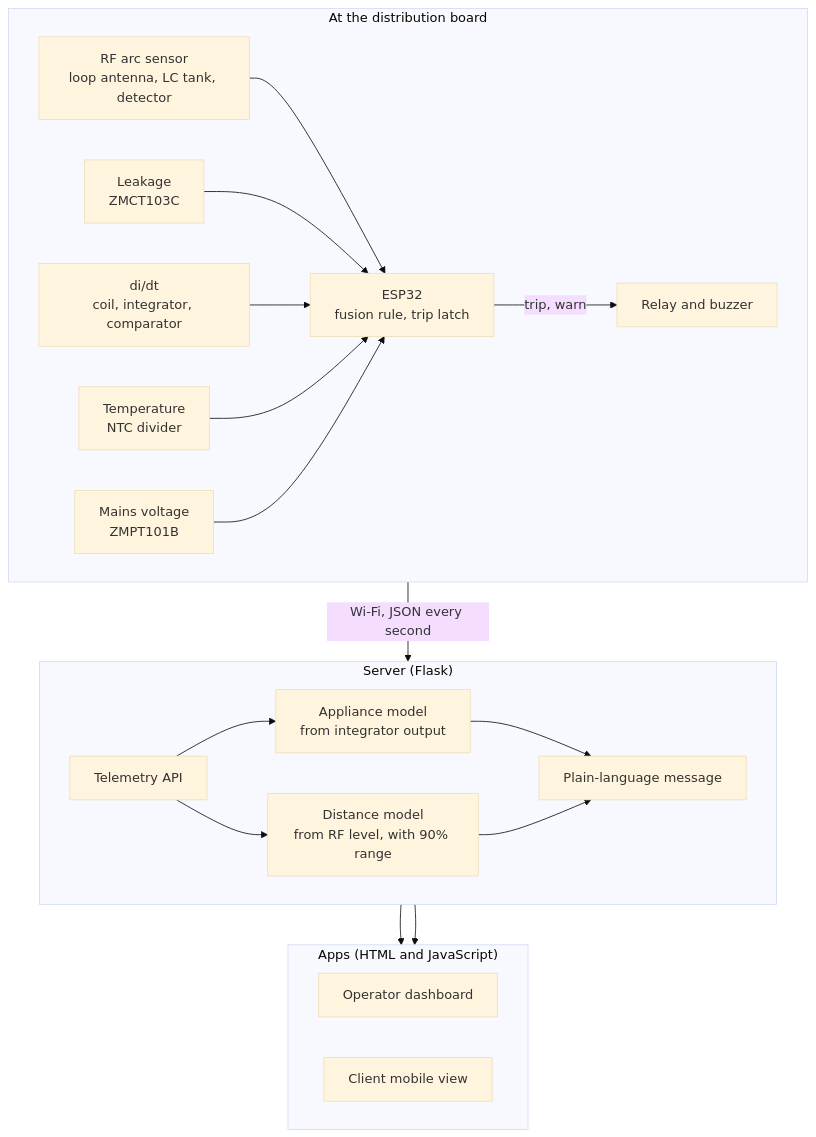
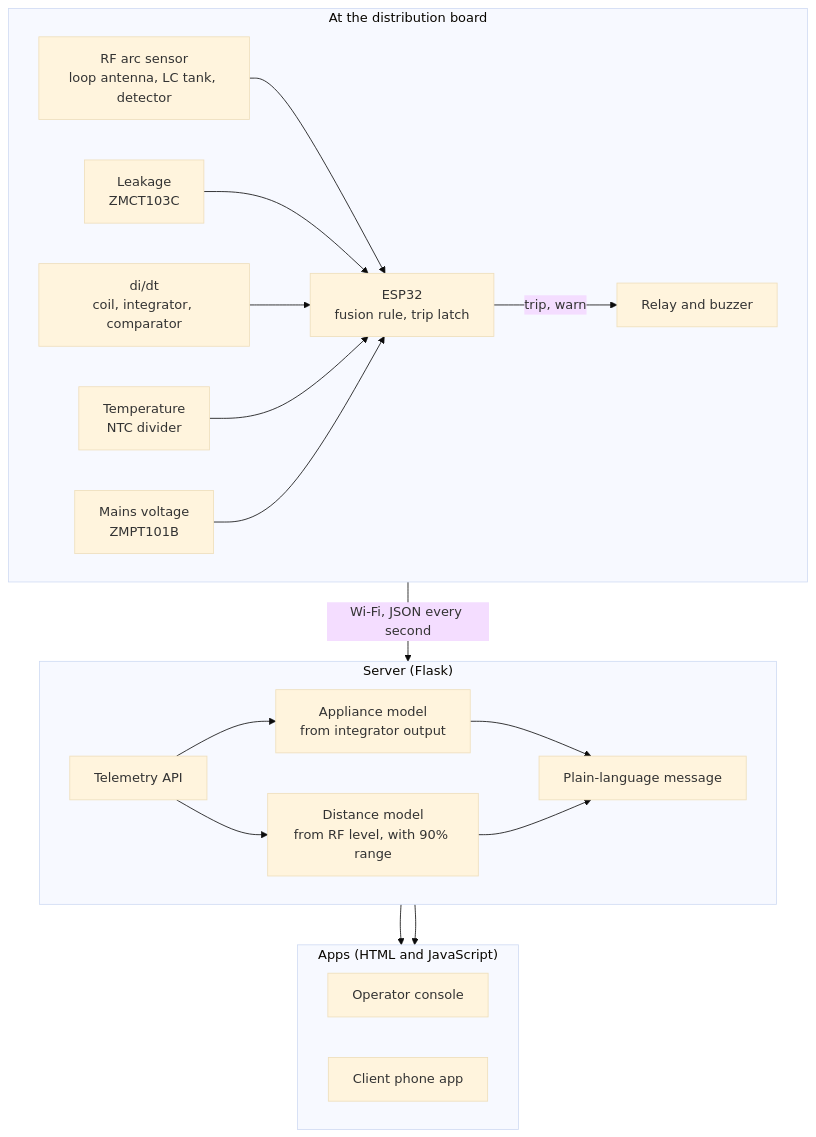
One commit to Sanskriti8429/Fuzz changed the first of 2 diagrams in README.md. Above: the diagram before and after it, drawn with Mermaid (base theme). The commit also changed other lines of this file, not shown here.

Commit message:
README: console, phone app, firmware

````diff
--- a/README.md
+++ b/README.md
@@ -59,38 +59,38 @@
 ```mermaid
 flowchart TB
   subgraph Board["At the distribution board"]
     direction LR
     RF["RF arc sensor<br/>loop antenna, LC tank, detector"]
     LK["Leakage<br/>ZMCT103C"]
     DI["di/dt<br/>coil, integrator, comparator"]
     TP["Temperature<br/>NTC divider"]
     VT["Mains voltage<br/>ZMPT101B"]
     ESP["ESP32<br/>fusion rule, trip latch"]
     OUT["Relay and buzzer"]
     RF --> ESP
     LK --> ESP
     DI --> ESP
     TP --> ESP
     VT --> ESP
     ESP -->|"trip, warn"| OUT
   end
   subgraph Server["Server (Flask)"]
     direction LR
     API["Telemetry API"]
     M1["Appliance model<br/>from integrator output"]
     M2["Distance model<br/>from RF level, with 90% range"]
     MSG["Plain-language message"]
     API --> M1
     API --> M2
     M1 --> MSG
     M2 --> MSG
   end
   subgraph Apps["Apps (HTML and JavaScript)"]
     direction LR
-    OP["Operator dashboard"]
-    CL["Client mobile view"]
+    OP["Operator console"]
+    CL["Client phone app"]
   end
   ESP -->|"Wi-Fi, JSON every second"| API
   MSG --> OP
   MSG --> CL
 ```
````
